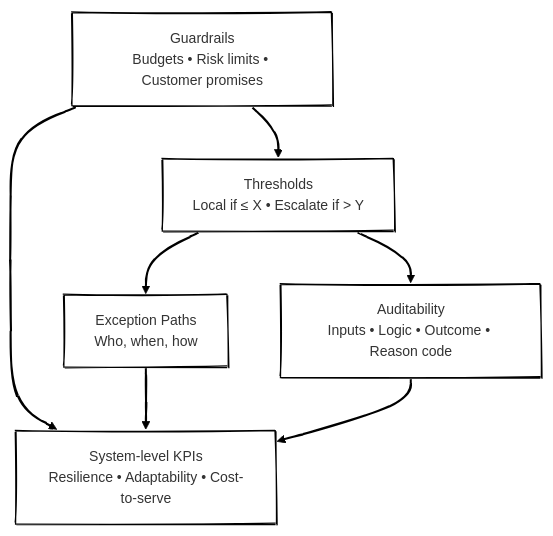
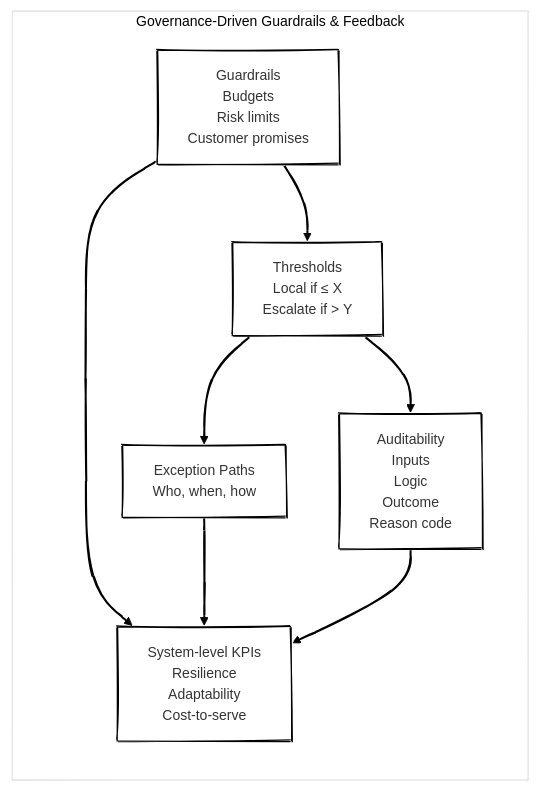
The seventh of 8 diagrams in posts/from-planning-to-orchestration-reimagining-enterprise-beyond-S&OP/index.qmd (antomon/antomon.github.io), drawn with Mermaid before and after one commit. The commit also changed other lines of this file and 4 other files, not shown here.

````diff
--- a/posts/from-planning-to-orchestration-reimagining-enterprise-beyond-S&OP/index.qmd
+++ b/posts/from-planning-to-orchestration-reimagining-enterprise-beyond-S&OP/index.qmd
@@ -333,13 +353,16 @@
 ```{mermaid}
-%%| label: governance-guardrails
+%%| label: fig-governance-guardrails
 %%| fig-cap: Governance inside the loop, rules clearer than roles
 %%| fig-alt: Guardrails, thresholds, escalation and audit within the orchestration cycle
 %%| fig-align: "center"
 %%{init: {"theme": "neo", "look": "handDrawn"}}%%
 
-flowchart TD
-    GR["Guardrails<br>Budgets • Risk limits • Customer promises"] --> TH["Thresholds<br>Local if ≤ X • Escalate if &gt; Y"] & KP["System-level KPIs<br>Resilience • Adaptability • Cost-to-serve"]
-    TH --> EX["Exception Paths<br>Who, when, how"] & AU["Auditability<br>Inputs • Logic • Outcome • Reason code"]
+flowchart LR
+
+  subgraph GGF[Governance#8209;Driven&nbsp;Guardrails&nbsp;&&nbsp;Feedback]
+    GR["Guardrails<br>Budgets<br/>Risk limits<br/>Customer promises"] --> TH["Thresholds<br>Local if ≤ X<br/>Escalate if &gt; Y"] & KP["System-level KPIs<br>Resilience<br/>Adaptability<br/>Cost-to-serve"]
+    TH --> EX["Exception Paths<br>Who, when, how"] & AU["Auditability<br>Inputs<br/>Logic<br/>Outcome<br/>Reason code"]
     EX --> KP
     AU --> KP
+  end
 ```
````
